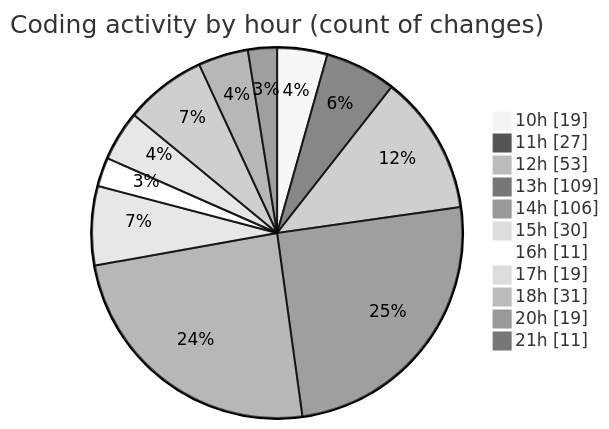
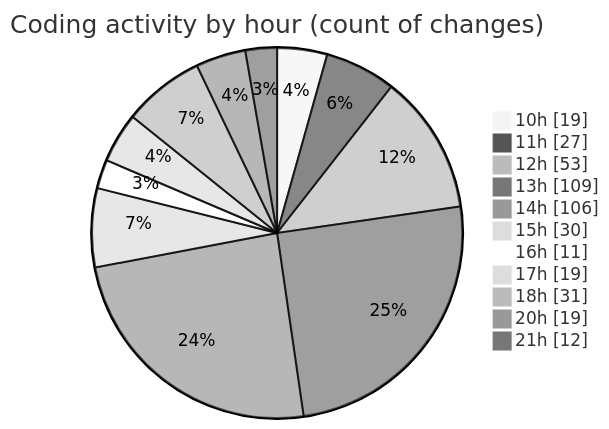
One commit to momahboobian/code-tracking changed the second of 2 diagrams in 2025-03-18/cda/README.md. Above: the diagram before and after it, drawn with Mermaid (neutral theme). The commit also changed other lines of this file and 1 other file, not shown here.

````diff
--- a/2025-03-18/cda/README.md
+++ b/2025-03-18/cda/README.md
@@ -44,15 +44,15 @@
 ```mermaid
 pie showData
 title Coding activity by hour (count of changes)
 "10h" : 19
 "11h" : 27
 "12h" : 53
 "13h" : 109
 "14h" : 106
 "15h" : 30
 "16h" : 11
 "17h" : 19
 "18h" : 31
 "20h" : 19
-"21h" : 11
+"21h" : 12
 ```
````
